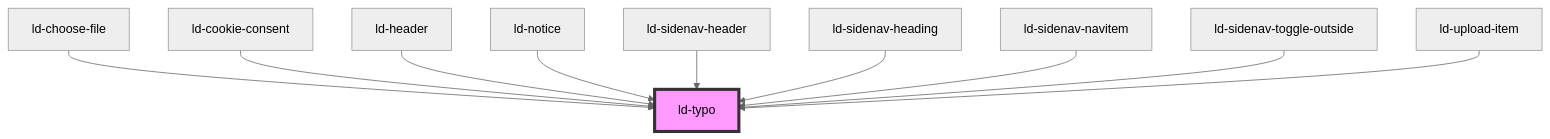
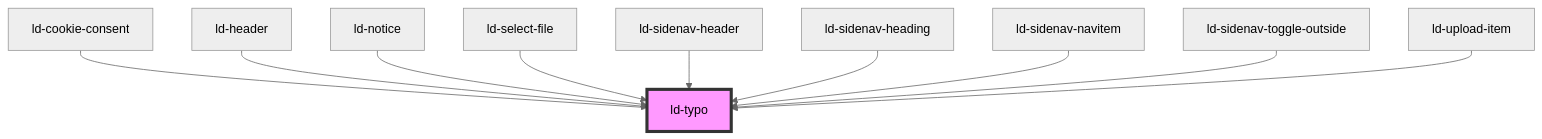
The diagram in src/liquid/components/ld-typo/readme.md (emdgroup-liquid/liquid), drawn with Mermaid (neutral theme) before and after one commit. The commit also changed other lines of this file and 18 other files, not shown here.

Commit message:
refactor(ld-file-upload): rename choose to select

````diff
--- a/src/liquid/components/ld-typo/readme.md
+++ b/src/liquid/components/ld-typo/readme.md
@@ -598,13 +598,13 @@
 ```mermaid
 graph TD;
-  ld-choose-file --> ld-typo
   ld-cookie-consent --> ld-typo
   ld-header --> ld-typo
   ld-notice --> ld-typo
+  ld-select-file --> ld-typo
   ld-sidenav-header --> ld-typo
   ld-sidenav-heading --> ld-typo
   ld-sidenav-navitem --> ld-typo
   ld-sidenav-toggle-outside --> ld-typo
   ld-upload-item --> ld-typo
   style ld-typo fill:#f9f,stroke:#333,stroke-width:4px
 ```
````
